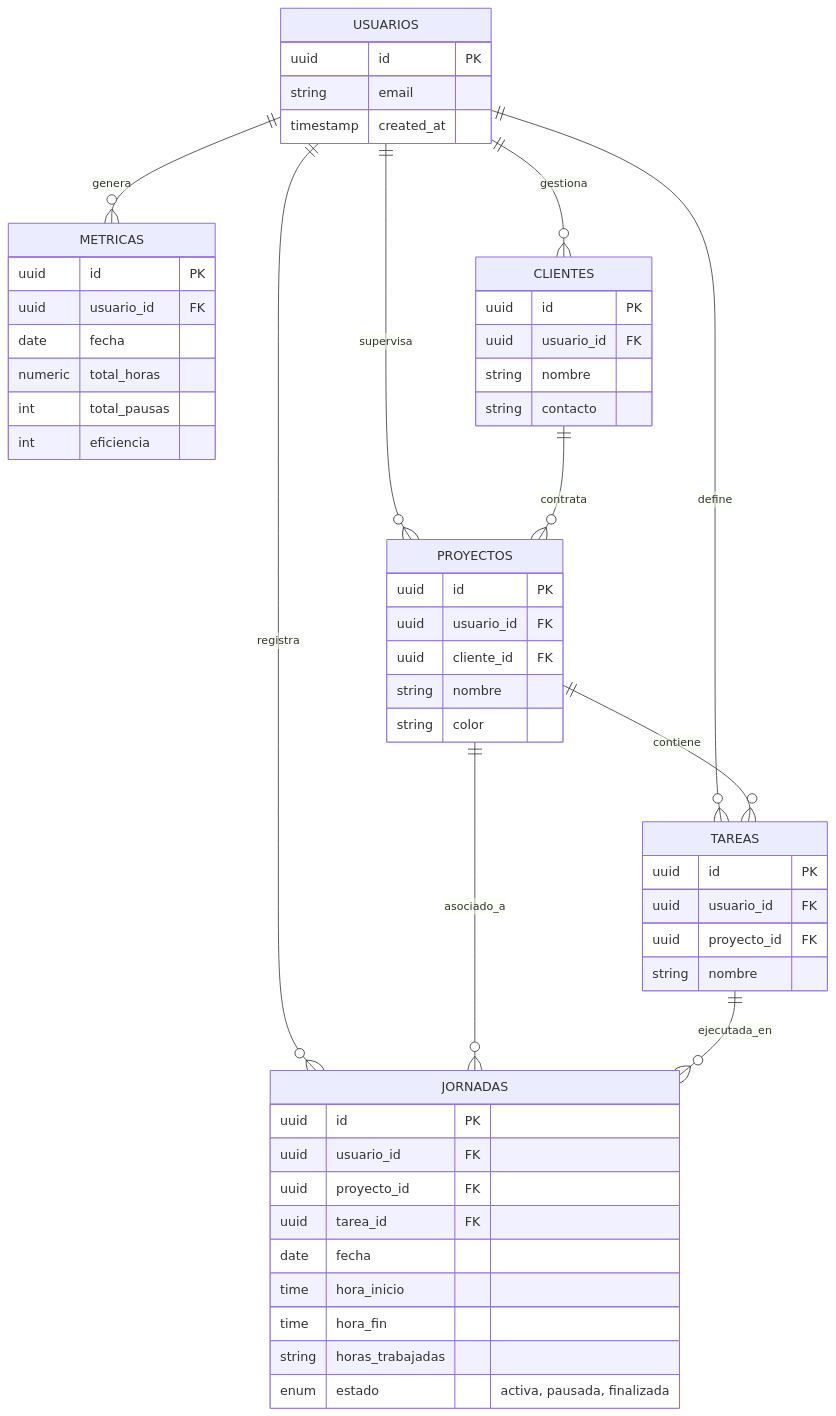
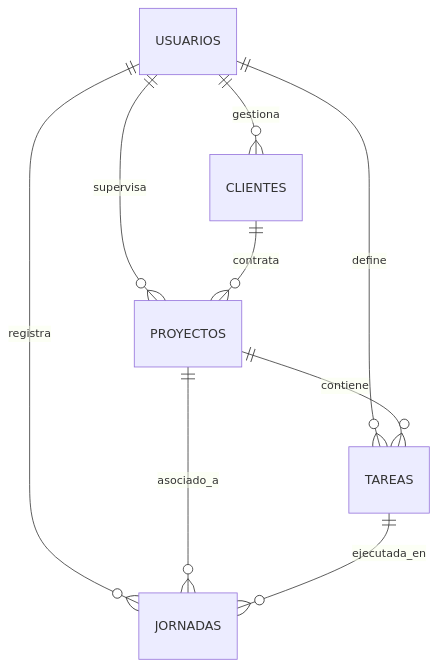
One commit to CHANKUN5/BaseAsistance changed the diagram in README.md. Above: the diagram before and after it, drawn with Mermaid. The commit also changed other lines of this file, not shown here.

````diff
--- a/README.md
+++ b/README.md
@@ -27,63 +45,13 @@
 ```mermaid
 erDiagram
     USUARIOS ||--o{ JORNADAS : "registra"
-    USUARIOS ||--o{ METRICAS : "genera"
     USUARIOS ||--o{ CLIENTES : "gestiona"
     USUARIOS ||--o{ PROYECTOS : "supervisa"
     USUARIOS ||--o{ TAREAS : "define"
     
     CLIENTES ||--o{ PROYECTOS : "contrata"
     PROYECTOS ||--o{ TAREAS : "contiene"
     
     PROYECTOS ||--o{ JORNADAS : "asociado_a"
     TAREAS ||--o{ JORNADAS : "ejecutada_en"
-
-    USUARIOS {
-        uuid id PK
-        string email
-        timestamp created_at
-    }
-
-    CLIENTES {
-        uuid id PK
-        uuid usuario_id FK
-        string nombre
-        string contacto
-    }
-
-    PROYECTOS {
-        uuid id PK
-        uuid usuario_id FK
-        uuid cliente_id FK
-        string nombre
-        string color
-    }
-
-    TAREAS {
-        uuid id PK
-        uuid usuario_id FK
-        uuid proyecto_id FK
-        string nombre
-    }
-
-    JORNADAS {
-        uuid id PK
-        uuid usuario_id FK
-        uuid proyecto_id FK
-        uuid tarea_id FK
-        date fecha
-        time hora_inicio
-        time hora_fin
-        string horas_trabajadas
-        enum estado "activa, pausada, finalizada"
-    }
-
-    METRICAS {
-        uuid id PK
-        uuid usuario_id FK
-        date fecha
-        numeric total_horas
-        int total_pausas
-        int eficiencia
-    }
 ```
````
